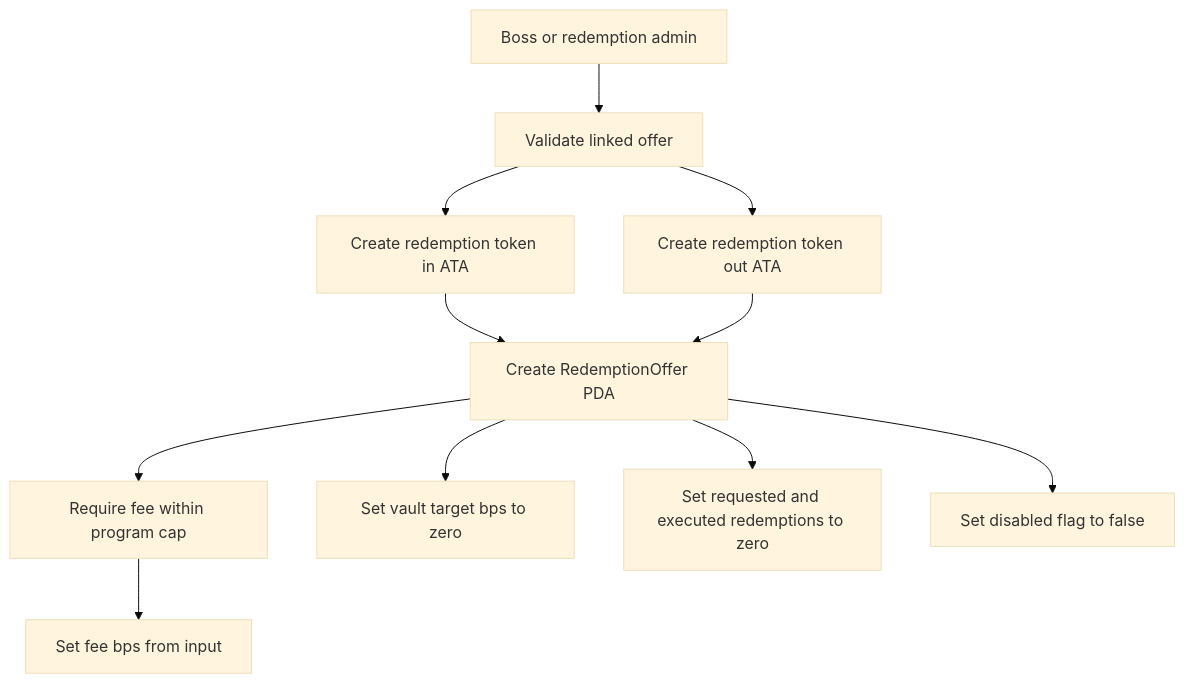
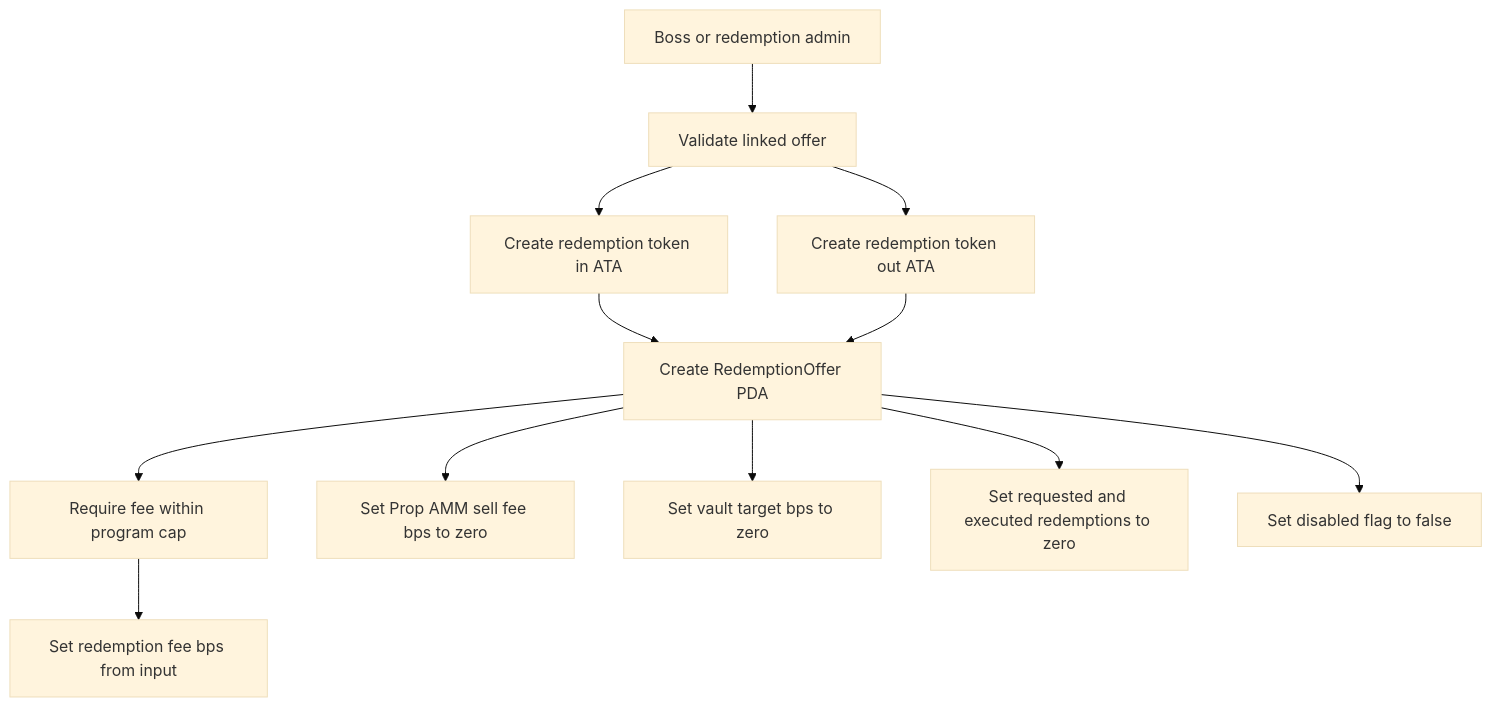
Before and after one commit to talllo/onre-sol-fuzz: the third of 8 diagrams in docs/TOKEN_FLOW_ROUTING.md, drawn with Mermaid (base theme). The commit also changed other lines of this file and 3 other files, not shown here.

Commit message:
Expose prop amm sell fee in redemption CLI

````diff
--- a/docs/TOKEN_FLOW_ROUTING.md
+++ b/docs/TOKEN_FLOW_ROUTING.md
@@ -103,13 +104,14 @@
 ```mermaid
 flowchart TD
     Signer[Boss or redemption admin] --> Validate[Validate linked offer]
     Validate --> VaultIn[Create redemption token in ATA]
     Validate --> VaultOut[Create redemption token out ATA]
     VaultIn --> Create[Create RedemptionOffer PDA]
     VaultOut --> Create
     Create --> FeeCheck[Require fee within program cap]
-    FeeCheck --> FeeConfig[Set fee bps from input]
+    FeeCheck --> FeeConfig[Set redemption fee bps from input]
+    Create --> PropAmmSellFeeConfig[Set Prop AMM sell fee bps to zero]
     Create --> TargetConfig[Set vault target bps to zero]
     Create --> Counters[Set requested and executed redemptions to zero]
     Create --> Enabled[Set disabled flag to false]
 ```
````
